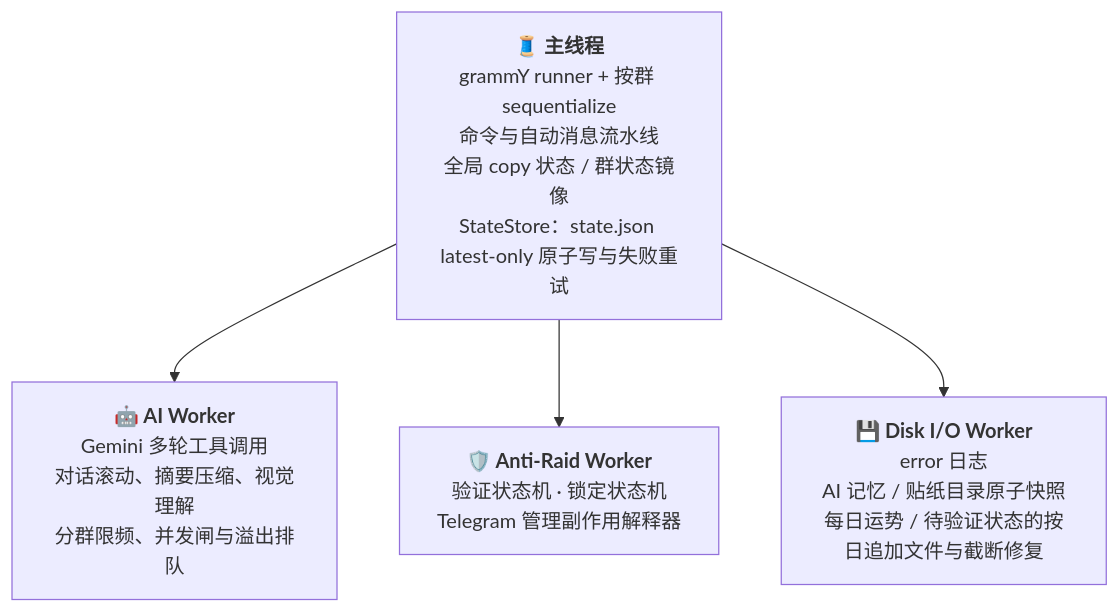
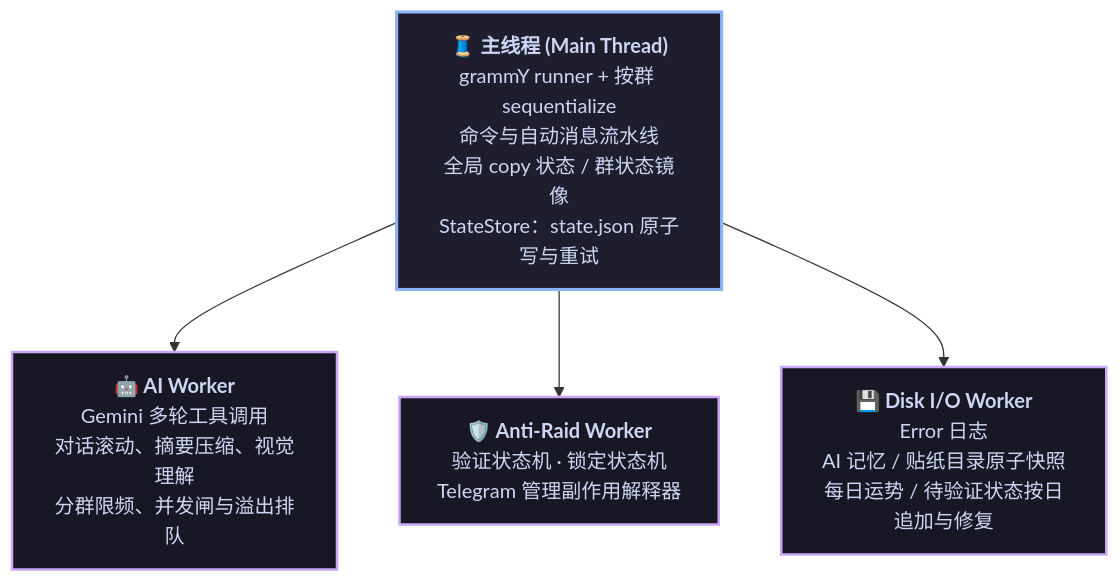
One commit to Asashishi/copy_ninjia changed the second of 2 diagrams in README.md. Above: the diagram before and after it, drawn with Mermaid. The commit also changed other lines of this file and 2 other files, not shown here.

````diff
--- a/README.md
+++ b/README.md
@@ -241,10 +278,18 @@
 ```mermaid
 flowchart TD
-    MAIN["<b>🧵 主线程</b><br/>grammY runner + 按群 sequentialize<br/>命令与自动消息流水线<br/>全局 copy 状态 / 群状态镜像<br/>StateStore：state.json latest-only 原子写与失败重试"]
-    AI["<b>🤖 AI Worker</b><br/>Gemini 多轮工具调用<br/>对话滚动、摘要压缩、视觉理解<br/>分群限频、并发闸与溢出排队"]
-    RAID["<b>🛡️ Anti-Raid Worker</b><br/>验证状态机 · 锁定状态机<br/>Telegram 管理副作用解释器"]
-    DISK["<b>💾 Disk I/O Worker</b><br/>error 日志<br/>AI 记忆 / 贴纸目录原子快照<br/>每日运势 / 待验证状态的按日追加文件与截断修复"]
+    %% 样式定义以增强视觉效果
+    classDef main fill:#1e1e2e,stroke:#89b4fa,stroke-width:2.5px,color:#cdd6f4;
+    classDef worker fill:#181825,stroke:#cba6f7,stroke-width:2px,color:#cdd6f4;
+
+    MAIN["<b>🧵 主线程 (Main Thread)</b><br/>grammY runner + 按群 sequentialize<br/>命令与自动消息流水线<br/>全局 copy 状态 / 群状态镜像<br/>StateStore：state.json 原子写与重试"]:::main
+    
+    AI["<b>🤖 AI Worker</b><br/>Gemini 多轮工具调用<br/>对话滚动、摘要压缩、视觉理解<br/>分群限频、并发闸与溢出排队"]:::worker
+    
+    RAID["<b>🛡️ Anti-Raid Worker</b><br/>验证状态机 · 锁定状态机<br/>Telegram 管理副作用解释器"]:::worker
+    
+    DISK["<b>💾 Disk I/O Worker</b><br/>Error 日志<br/>AI 记忆 / 贴纸目录原子快照<br/>每日运势 / 待验证状态按日追加与修复"]:::worker
+
     MAIN --> AI
     MAIN --> RAID
     MAIN --> DISK
 ```
````
